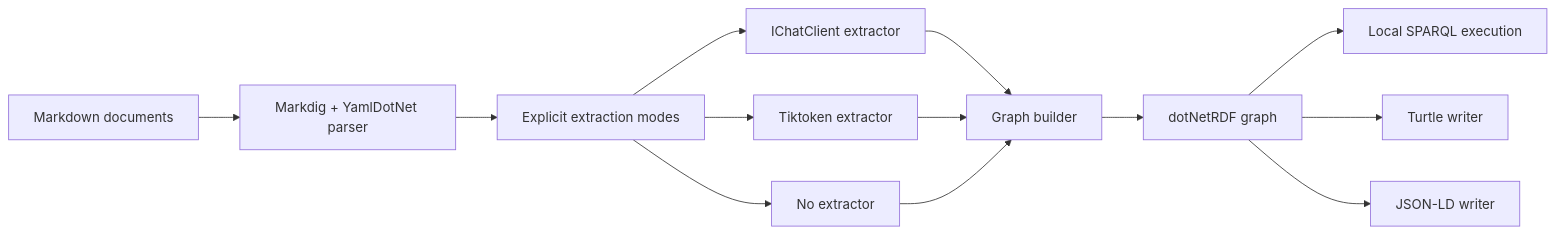
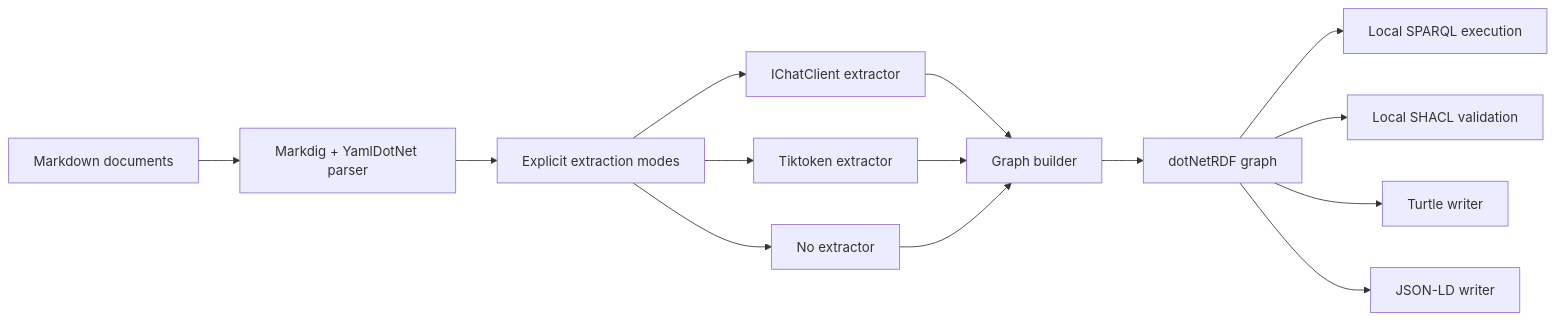
Before and after one commit to managedcode/markdown-ld-kb: the diagram in docs/ADR/ADR-0001-rdf-sparql-library.md, drawn with Mermaid. The commit also changed other lines of this file and 12 other files, not shown here.

Commit message:
update graph

````diff
--- a/docs/ADR/ADR-0001-rdf-sparql-library.md
+++ b/docs/ADR/ADR-0001-rdf-sparql-library.md
@@ -55,15 +57,16 @@
 ```mermaid
 flowchart LR
     Markdown["Markdown documents"] --> Parser["Markdig + YamlDotNet parser"]
     Parser --> Extractor["Explicit extraction modes"]
     Extractor --> Chat["IChatClient extractor"]
     Extractor --> Token["Tiktoken extractor"]
     Extractor --> None["No extractor"]
     Chat --> Builder["Graph builder"]
     Token --> Builder
     None --> Builder
     Builder --> DotNetRdf["dotNetRDF graph"]
     DotNetRdf --> Sparql["Local SPARQL execution"]
+    DotNetRdf --> Shacl["Local SHACL validation"]
     DotNetRdf --> Turtle["Turtle writer"]
     DotNetRdf --> JsonLd["JSON-LD writer"]
 ```
````
